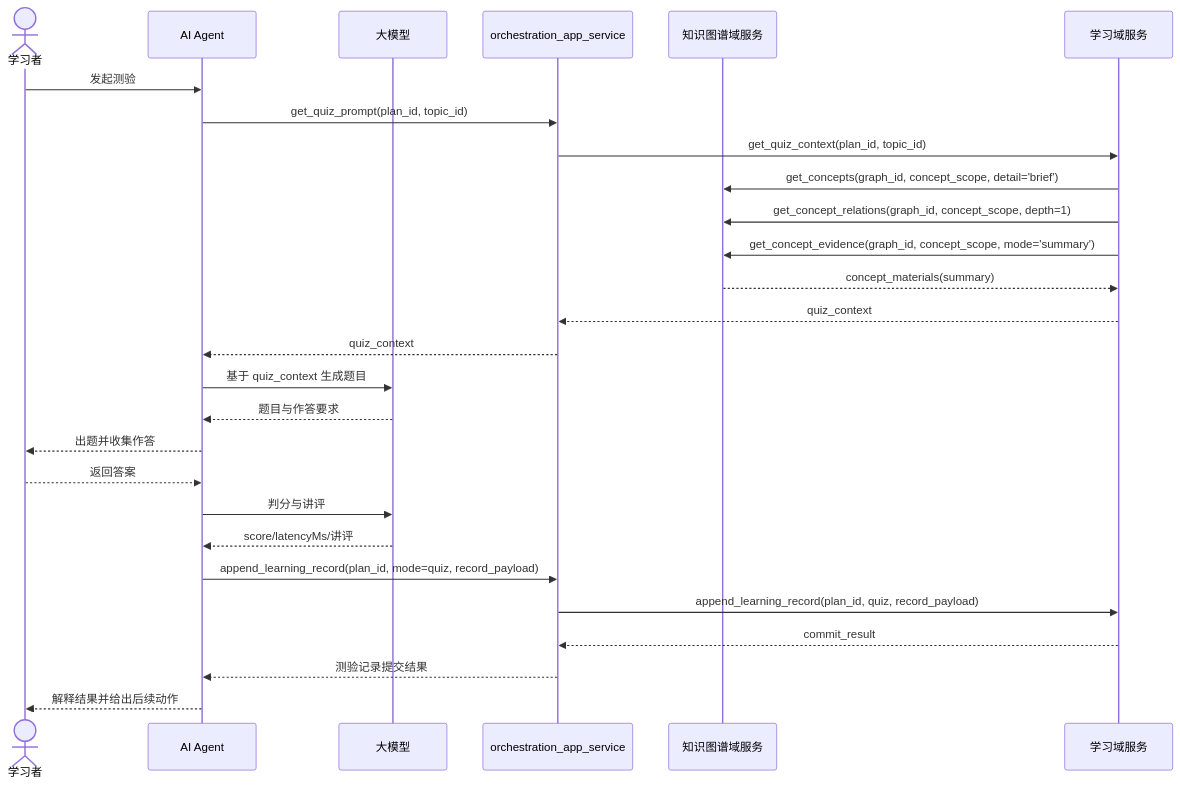
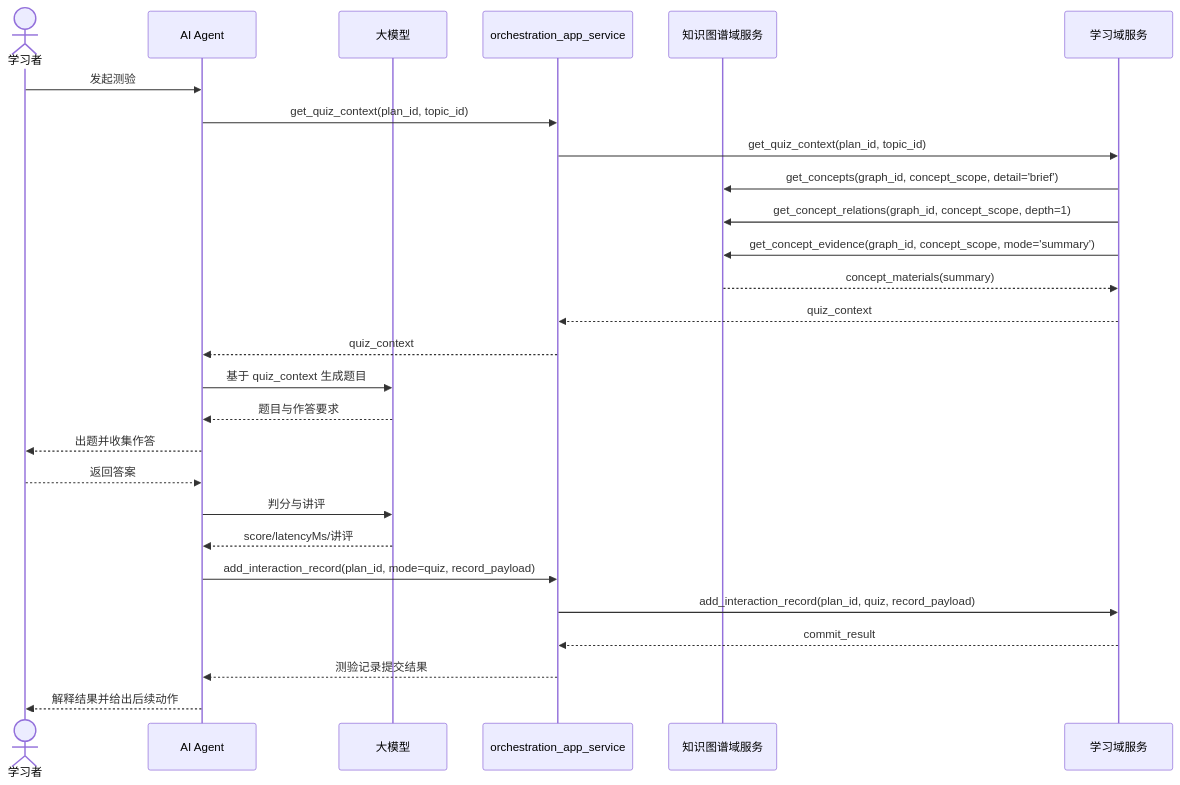
Before and after one commit to alavten/learn-socratic: the fourth of 7 diagrams in docs/architecture-design.md, drawn with Mermaid. The commit also changed other lines of this file and 80 other files, not shown here.

````diff
--- a/docs/architecture-design.md
+++ b/docs/architecture-design.md
@@ -184,30 +184,30 @@
 ```mermaid
 sequenceDiagram
   actor User as 学习者
   participant Agent as AI Agent
   participant LLM as 大模型
   participant Orchestrator as orchestration_app_service
   participant KG as 知识图谱域服务
   participant Learning as 学习域服务
 
   User->>Agent: 发起测验
-  Agent->>Orchestrator: get_quiz_prompt(plan_id, topic_id)
+  Agent->>Orchestrator: get_quiz_context(plan_id, topic_id)
   Orchestrator->>Learning: get_quiz_context(plan_id, topic_id)
   Learning->>KG: get_concepts(graph_id, concept_scope, detail='brief')
   Learning->>KG: get_concept_relations(graph_id, concept_scope, depth=1)
   Learning->>KG: get_concept_evidence(graph_id, concept_scope, mode='summary')
   KG-->>Learning: concept_materials(summary)
   Learning-->>Orchestrator: quiz_context
   Orchestrator-->>Agent: quiz_context
   Agent->>LLM: 基于 quiz_context 生成题目
   LLM-->>Agent: 题目与作答要求
   Agent-->>User: 出题并收集作答
   User-->>Agent: 返回答案
   Agent->>LLM: 判分与讲评
   LLM-->>Agent: score/latencyMs/讲评
-  Agent->>Orchestrator: append_learning_record(plan_id, mode=quiz, record_payload)
-  Orchestrator->>Learning: append_learning_record(plan_id, quiz, record_payload)
+  Agent->>Orchestrator: add_interaction_record(plan_id, mode=quiz, record_payload)
+  Orchestrator->>Learning: add_interaction_record(plan_id, quiz, record_payload)
   Learning-->>Orchestrator: commit_result
   Orchestrator-->>Agent: 测验记录提交结果
   Agent-->>User: 解释结果并给出后续动作
 ```
````
